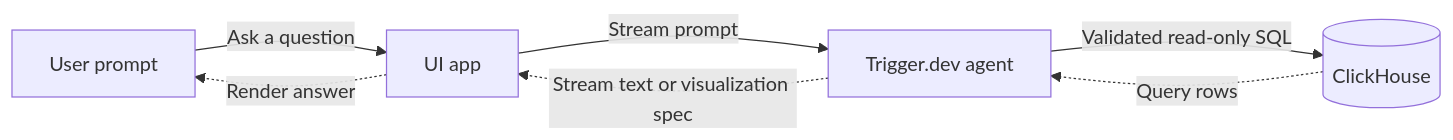
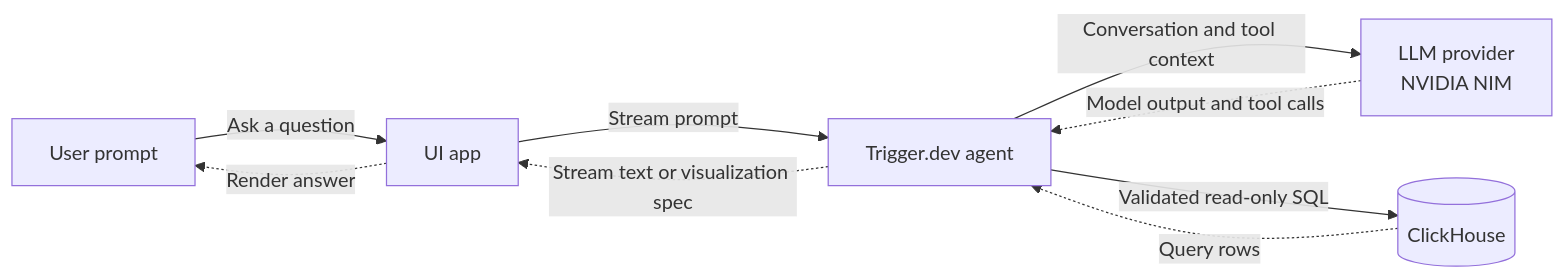
Before and after one commit to gsenseless/clickhouse-chat-agent: the diagram in README.md, drawn with Mermaid.

Commit message:
docs: update flowchart in README to include LLM provider and interaction details

````diff
--- a/README.md
+++ b/README.md
@@ -10,9 +10,11 @@
 ```mermaid
 flowchart LR
    prompt["User prompt"] -->|Ask a question| ui["UI app"]
    ui -->|Stream prompt| agent["Trigger.dev agent"]
+   agent -->|Conversation and tool context| llm["LLM provider<br/>NVIDIA NIM"]
+   llm -.->|Model output and tool calls| agent
    agent -->|Validated read-only SQL| clickhouse[("ClickHouse")]
    clickhouse -.->|Query rows| agent
    agent -.->|Stream text or visualization spec| ui
    ui -.->|Render answer| prompt
 ```
````
